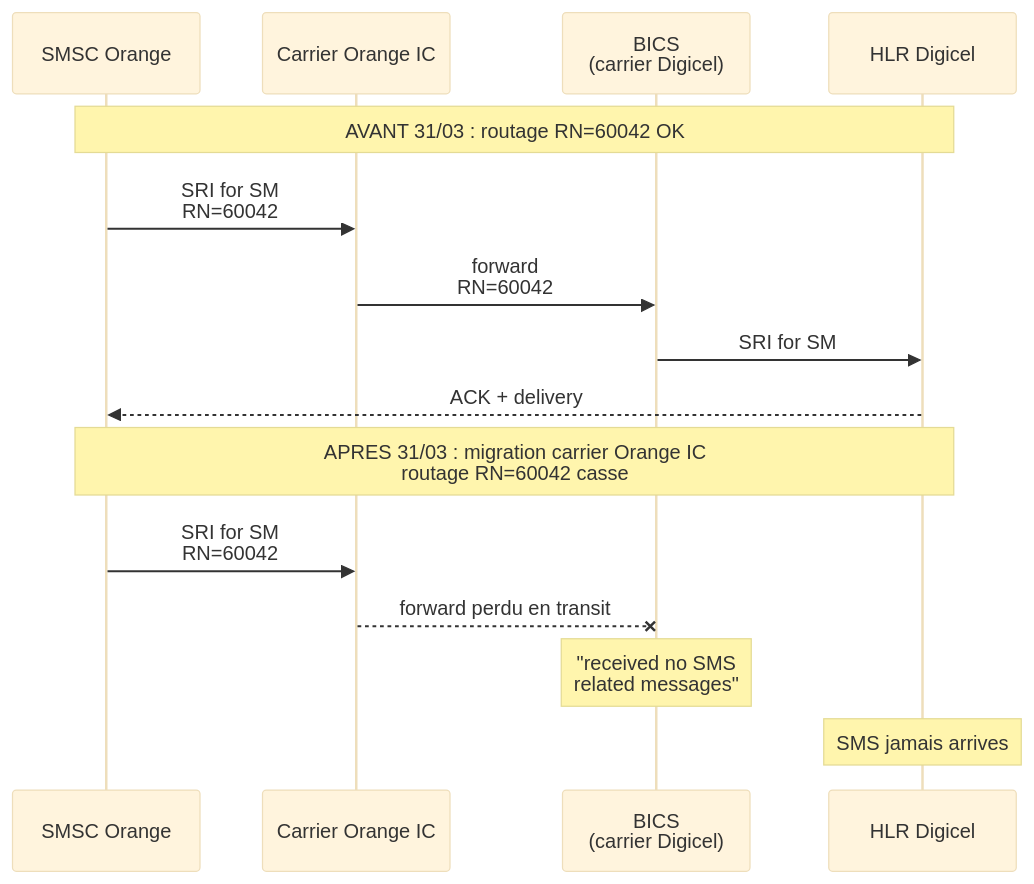
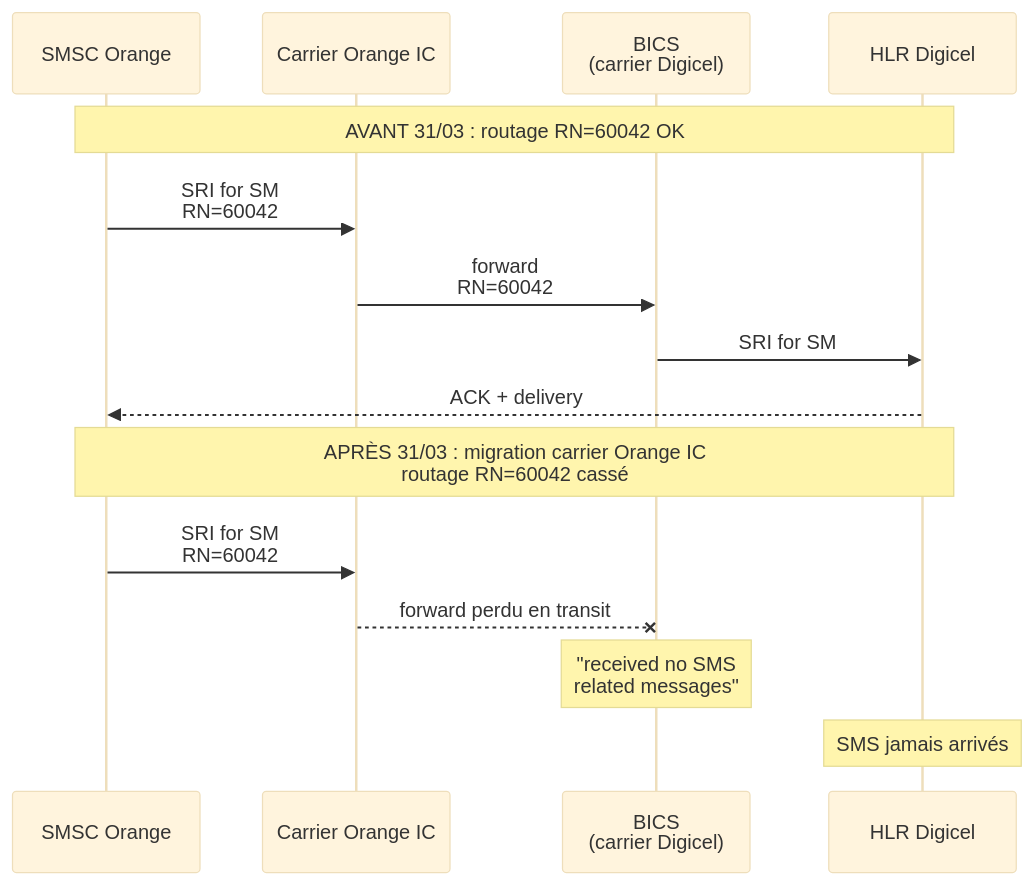
Before and after one commit to steeven-js/pnm-app: the third of 3 diagrams in docs/operations/gpmag/fnr-perimetre-visibilite.md, drawn with Mermaid (base theme). The commit also changed other lines of this file, not shown here.

````diff
--- a/docs/operations/gpmag/fnr-perimetre-visibilite.md
+++ b/docs/operations/gpmag/fnr-perimetre-visibilite.md
@@ -128,21 +128,21 @@
 ```mermaid
 sequenceDiagram
     participant Orange as SMSC Orange
     participant OrangeIC as Carrier Orange IC
     participant BICS as BICS<br/>(carrier Digicel)
     participant Digicel as HLR Digicel
 
     Note over Orange,Digicel: AVANT 31/03 : routage RN=60042 OK
 
     Orange->>OrangeIC: SRI for SM<br/>RN=60042
     OrangeIC->>BICS: forward<br/>RN=60042
     BICS->>Digicel: SRI for SM
     Digicel-->>Orange: ACK + delivery
 
-    Note over Orange,Digicel: APRES 31/03 : migration carrier Orange IC<br/>routage RN=60042 casse
+    Note over Orange,Digicel: APRÈS 31/03 : migration carrier Orange IC<br/>routage RN=60042 cassé
 
     Orange->>OrangeIC: SRI for SM<br/>RN=60042
     OrangeIC--xBICS: forward perdu en transit
     Note over BICS: "received no SMS<br/>related messages"
-    Note over Digicel: SMS jamais arrives
+    Note over Digicel: SMS jamais arrivés
 ```
````
